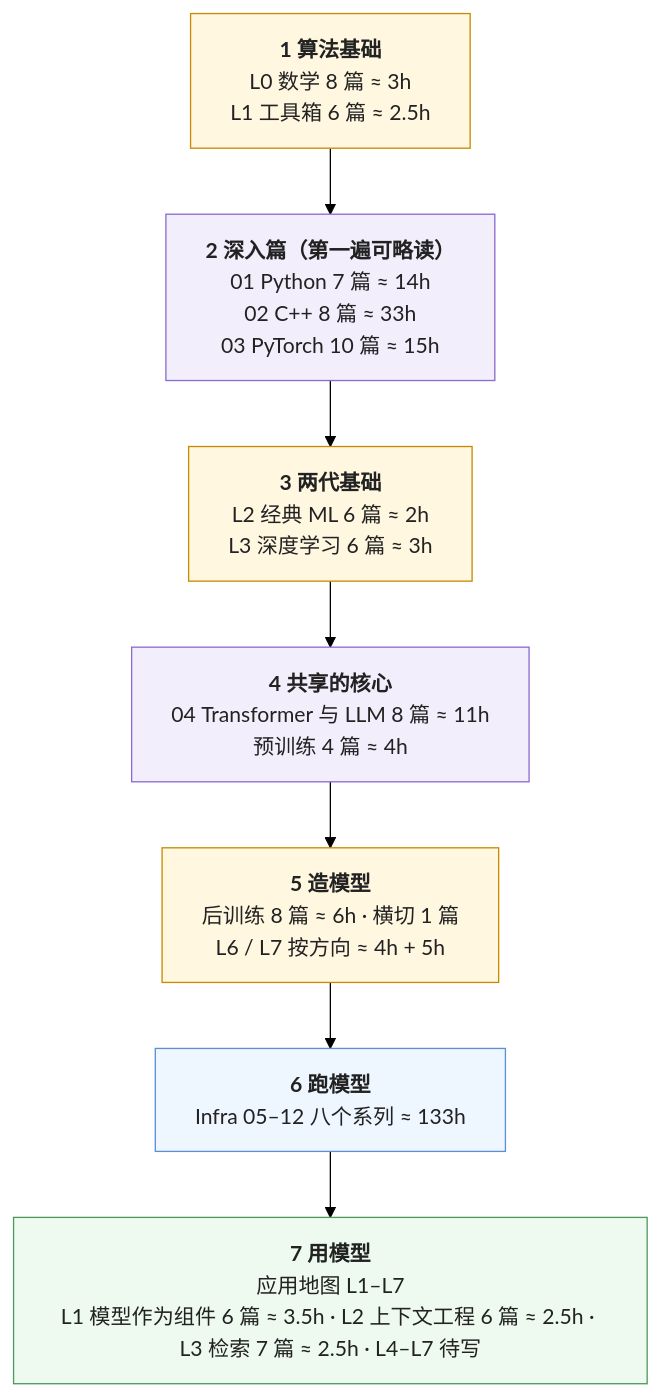
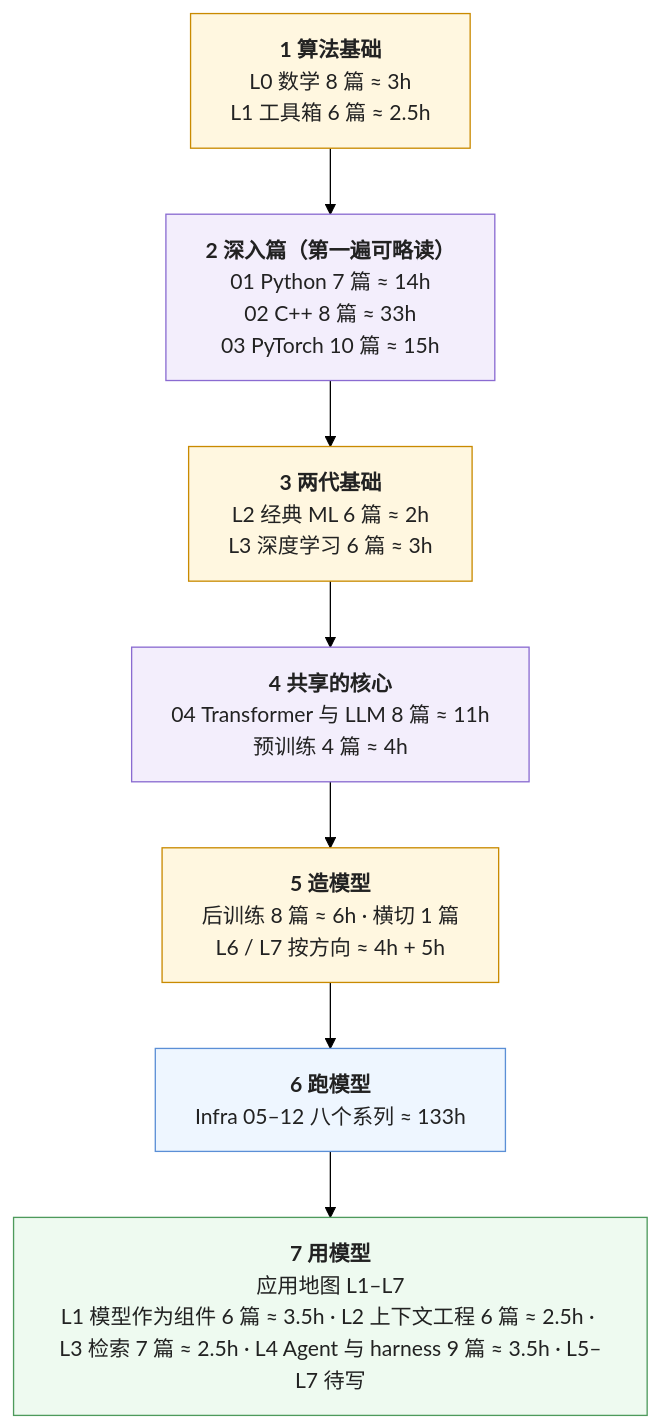
Before and after one commit to arganzheng/arganzheng.github.com: the second of 2 diagrams in _posts/2026-01-01-ai-fullstack-learning-roadmap.md, drawn with Mermaid (forest theme). The commit also changed other lines of this file and 4 other files, not shown here.

Commit message:
工具、Agent 与 harness 09 可靠性与评测、10 总结自测；地图登记 L4

````diff
--- a/_posts/2026-01-01-ai-fullstack-learning-roadmap.md
+++ b/_posts/2026-01-01-ai-fullstack-learning-roadmap.md
@@ -134,35 +134,35 @@
 ```mermaid
 %%{init: {"flowchart": {"wrappingWidth": 420}}}%%
 flowchart TB
     S1["`**1 算法基础**
 L0 数学 8 篇 ≈ 3h
 L1 工具箱 6 篇 ≈ 2.5h`"]
     S2["`**2 深入篇（第一遍可略读）**
 01 Python 7 篇 ≈ 14h
 02 C++ 8 篇 ≈ 33h
 03 PyTorch 10 篇 ≈ 15h`"]
     S3["`**3 两代基础**
 L2 经典 ML 6 篇 ≈ 2h
 L3 深度学习 6 篇 ≈ 3h`"]
     S4["`**4 共享的核心**
 04 Transformer 与 LLM 8 篇 ≈ 11h
 预训练 4 篇 ≈ 4h`"]
     S5["`**5 造模型**
 后训练 8 篇 ≈ 6h · 横切 1 篇
 L6 / L7 按方向 ≈ 4h + 5h`"]
     S6["`**6 跑模型**
 Infra 05–12 八个系列 ≈ 133h`"]
     S7["`**7 用模型**
 应用地图 L1–L7
-L1 模型作为组件 6 篇 ≈ 3.5h · L2 上下文工程 6 篇 ≈ 2.5h · L3 检索 7 篇 ≈ 2.5h · L4–L7 待写`"]
+L1 模型作为组件 6 篇 ≈ 3.5h · L2 上下文工程 6 篇 ≈ 2.5h · L3 检索 7 篇 ≈ 2.5h · L4 Agent 与 harness 9 篇 ≈ 3.5h · L5–L7 待写`"]
     S1 --> S2 --> S3 --> S4 --> S5 --> S6 --> S7
 
     classDef algo fill:#fff7e0,stroke:#c98a00,stroke-width:1px,color:#222
     classDef infra fill:#eef6ff,stroke:#5b8fd6,stroke-width:1px,color:#222
     classDef app fill:#eefaf0,stroke:#4d9a5c,stroke-width:1px,color:#222
     classDef shared fill:#f3eefc,stroke:#8a6bd1,stroke-width:1px,color:#222
     class S1,S3,S5 algo
     class S2,S4 shared
     class S6 infra
     class S7 app
 ```
````
